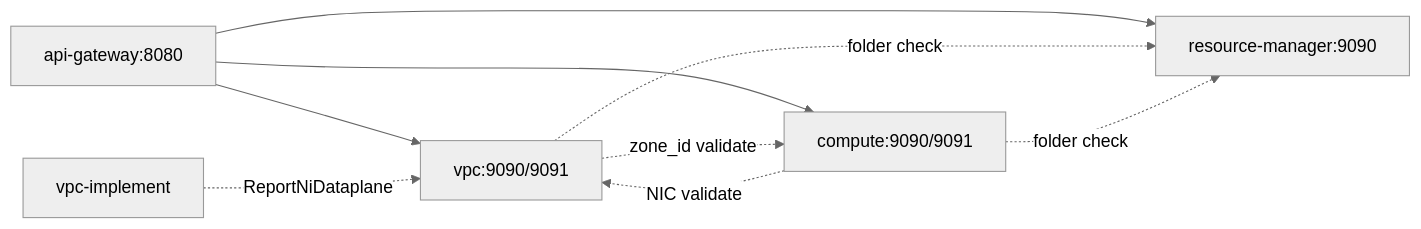
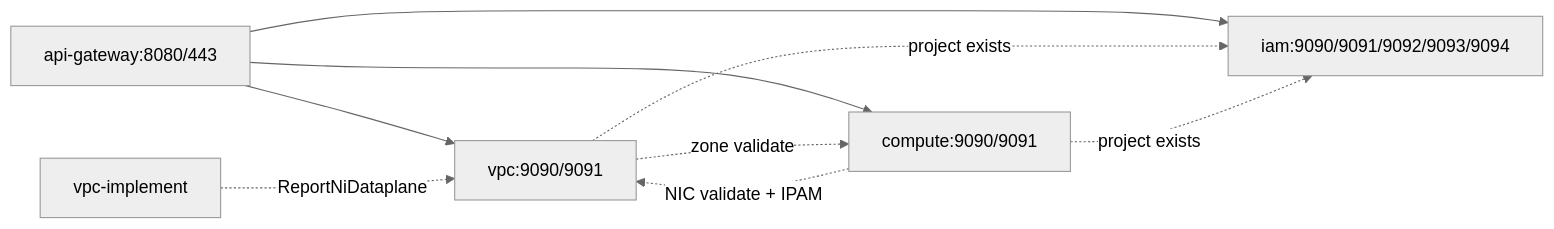
One commit to PRO-Robotech/kacho-workspace changed the second of 10 diagrams in obsidian/kacho/architecture.md. Above: the diagram before and after it, drawn with Mermaid (neutral theme). The commit also changed other lines of this file and 52 other files, not shown here.

````diff
--- a/obsidian/kacho/architecture.md
+++ b/obsidian/kacho/architecture.md
@@ -56,13 +61,11 @@
 ```mermaid
 graph LR
-    apigw[api-gateway:8080] --> vpc[vpc:9090/9091]
+    apigw[api-gateway:8080/443] --> iam[iam:9090/9091/9092/9093/9094]
+    apigw --> vpc[vpc:9090/9091]
     apigw --> compute[compute:9090/9091]
-    apigw --> rm[resource-manager:9090]
-
-    vpc -.zone_id validate.-> compute
-    vpc -.folder check.-> rm
-    compute -.NIC validate.-> vpc
-    compute -.folder check.-> rm
-
+    vpc -.zone validate.-> compute
+    compute -.NIC validate + IPAM.-> vpc
+    vpc -.project exists.-> iam
+    compute -.project exists.-> iam
     vpcimpl[vpc-implement] -.ReportNiDataplane.-> vpc
 ```
````
